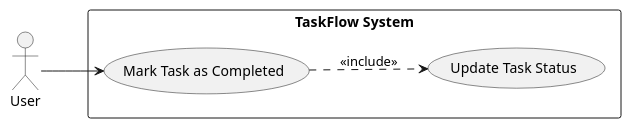
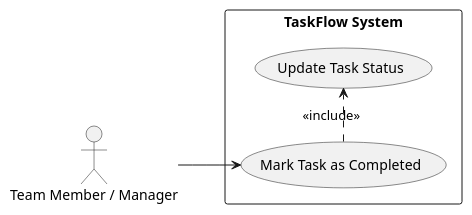
Before and after one commit to Chaman532003/framework: the sixth of 9 diagrams in artifacts/spec/spec.md, drawn with PlantUML. The commit also changed other lines of this file, not shown here.

````diff
--- a/artifacts/spec/spec.md
+++ b/artifacts/spec/spec.md
@@ -433,16 +442,16 @@
 ```plantuml
 @startuml
 left to right direction
 skinparam packageStyle rectangle
 
-actor User
+actor "Team Member / Manager" as User
 
 rectangle "TaskFlow System" {
   usecase (Mark Task as Completed) as UC6
-  usecase (Update Task Status) as UC_UpdateStatus
+  usecase (Update Task Status) as UC6_1
 }
 
 User --> UC6
-UC6 ..> UC_UpdateStatus : <<include>>
+UC6 .> UC6_1 : <<include>>
 @enduml
 ```
````
